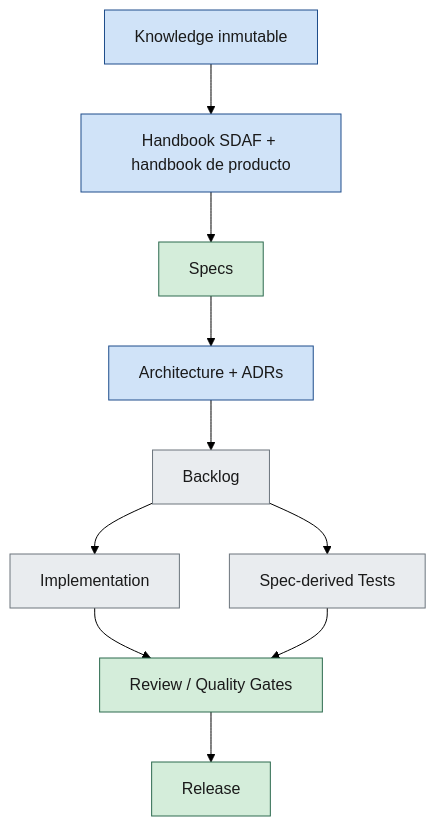
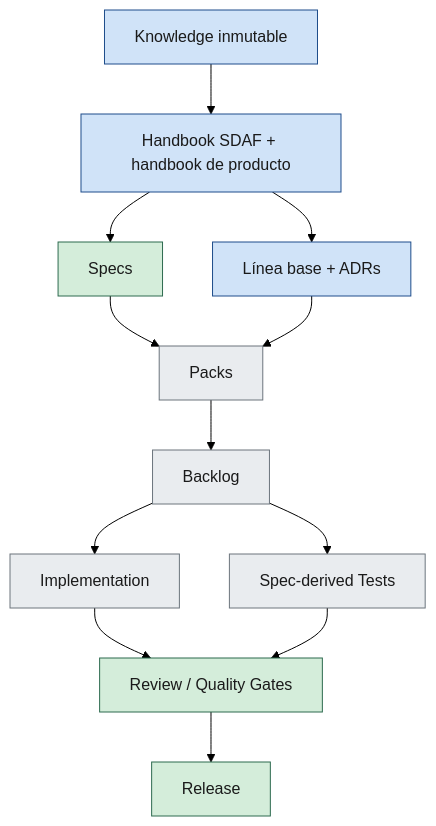
The first of 2 diagrams in handbook/01-sdaf-framework.md (Cyberdine-Systems-Corporation/sdaf-core), drawn with Mermaid (forest theme) before and after one commit. The commit also changed other lines of this file and 4 other files, not shown here.

````diff
--- a/handbook/01-sdaf-framework.md
+++ b/handbook/01-sdaf-framework.md
@@ -29,18 +29,20 @@
 ```mermaid
 flowchart TD
   K[Knowledge inmutable] --> HB[Handbook SDAF + handbook de producto]
   HB --> S[Specs]
-  S --> ADR[Architecture + ADRs]
-  ADR --> B[Backlog]
+  HB --> ADR[Línea base + ADRs]
+  S --> P[Packs]
+  ADR --> P
+  P --> B[Backlog]
   B --> IMP[Implementation]
   B --> TST[Spec-derived Tests]
   IMP --> G[Review / Quality Gates]
   TST --> G
   G --> REL[Release]
   classDef norm fill:#d0e3f8,stroke:#1e4d8b,color:#1a1a1a;
   classDef ok fill:#d4edda,stroke:#2d6a4f,color:#1a1a1a;
   classDef stub fill:#e9ecef,stroke:#6c757d,color:#1a1a1a;
   class K,HB,ADR norm
   class S,G,REL ok
-  class B,IMP,TST stub
+  class P,B,IMP,TST stub
 ```
````
